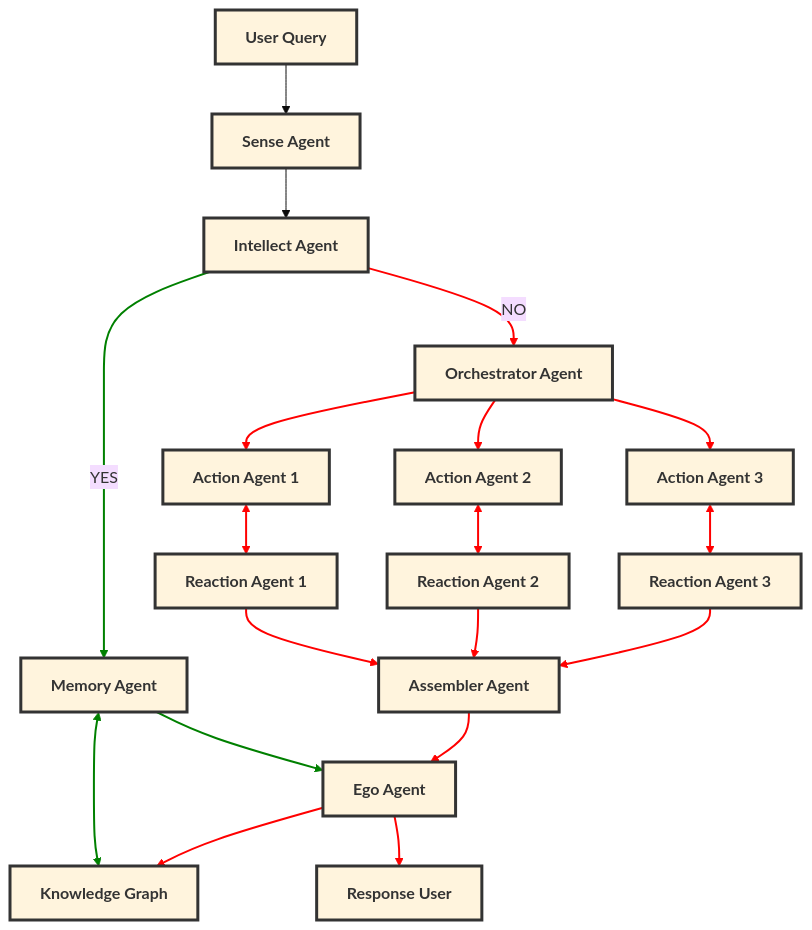
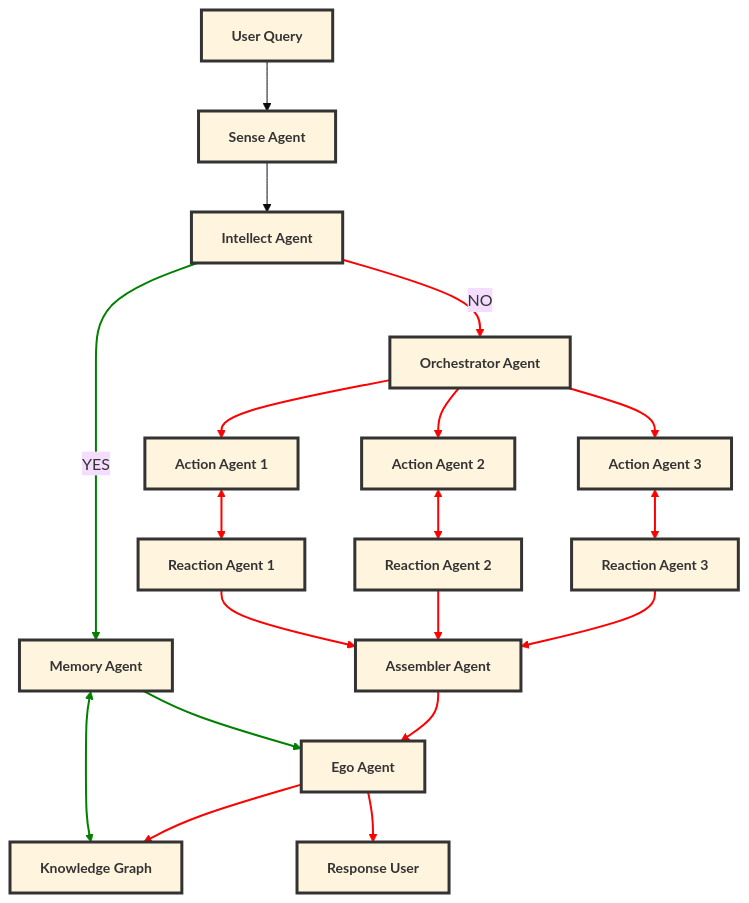
One commit to Mindverse-Computing/algoverse changed the diagram in README.md. Above: the diagram before and after it, drawn with Mermaid (base theme).

````diff
--- a/README.md
+++ b/README.md
@@ -78,42 +78,42 @@
 ```mermaid
 graph TD
   A[User Query]:::big --> S[Sense Agent]:::big
   S --> I[Intellect Agent]:::big
   I -- YES --> M[Memory Agent]:::big
   M <--> G[Knowledge Graph]:::big
   M --> E[Ego Agent]:::big
   I -- NO --> O[Orchestrator Agent]:::big
   O --> A1[Action Agent 1]:::big
   O --> A2[Action Agent 2]:::big
   O --> A3[Action Agent 3]:::big
   A1 <--> R1[Reaction Agent 1]:::big
   A2 <--> R2[Reaction Agent 2]:::big
   A3 <--> R3[Reaction Agent 3]:::big
   R1 --> AA[Assembler Agent]:::big
   R2 --> AA
   R3 --> AA
   AA --> E
   E --> G
   E --> U[Response User]:::big
 
 
   linkStyle 2 stroke:green,stroke-width:2px      
   linkStyle 3 stroke:green,stroke-width:2px      
   linkStyle 4 stroke:green,stroke-width:2px      
 
   linkStyle 5 stroke:red,stroke-width:2px       
   linkStyle 6 stroke:red,stroke-width:2px        
   linkStyle 7 stroke:red,stroke-width:2px        
   linkStyle 8 stroke:red,stroke-width:2px        
   linkStyle 9 stroke:red,stroke-width:2px        
   linkStyle 10 stroke:red,stroke-width:2px       
   linkStyle 11 stroke:red,stroke-width:2px       
   linkStyle 12 stroke:red,stroke-width:2px       
   linkStyle 13 stroke:red,stroke-width:2px       
   linkStyle 14 stroke:red,stroke-width:2px       
   linkStyle 15 stroke:red,stroke-width:2px       
   linkStyle 16 stroke:red,stroke-width:2px       
   linkStyle 17 stroke:red,stroke-width:2px       
 
-  classDef big stroke:#333,stroke-width:3px,font-size:16px,font-weight:bold;       
+  classDef big stroke:#333,stroke-width:3px,font-size:14px,font-weight:bold;       
 ```
````
